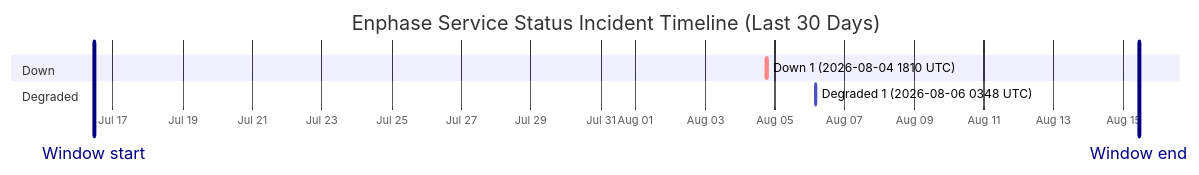
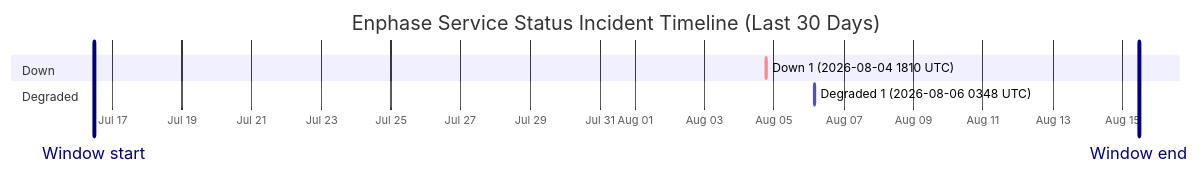
One commit to barneyonline/ha-enphase-energy changed the diagram in wiki/Service-Status-History.md. Above: the diagram before and after it, drawn with Mermaid. The commit also changed other lines of this file and 3 other files, not shown here.

````diff
--- a/wiki/Service-Status-History.md
+++ b/wiki/Service-Status-History.md
@@ -14,12 +14,12 @@
 ```mermaid
 gantt
     title Enphase Service Status Incident Timeline (Last 30 Days)
     dateFormat  YYYY-MM-DDTHH:mm:ss
     axisFormat  %b %d
-    Window start :vert, window-start, 2026-07-16T10:47:29, 0ms
-    Window end :vert, window-end, 2026-08-15T10:47:29, 0ms
+    Window start :vert, window-start, 2026-07-16T11:17:59, 0ms
+    Window end :vert, window-end, 2026-08-15T11:17:59, 0ms
     section Down
     Down 1 (2026-08-04 1810 UTC) :crit, down-1, 2026-08-04T18:10:46, 60m
     section Degraded
     Degraded 1 (2026-08-06 0348 UTC) :active, degraded-1, 2026-08-06T03:48:14, 60m
 ```
````
